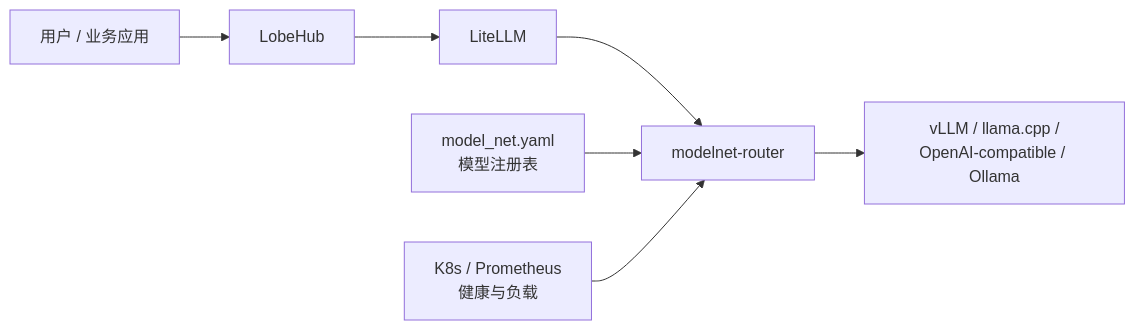
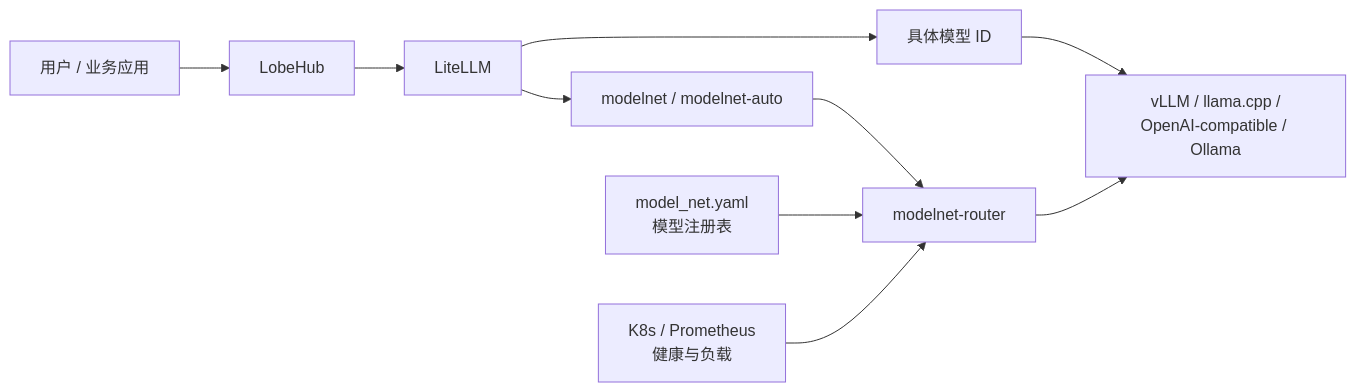
Before and after one commit to WNDS-JNU/ModelNet-Toc: the first of 5 diagrams in docs/modelnet-routing-introduction.md, drawn with Mermaid. The commit also changed other lines of this file and 6 other files, not shown here.

````diff
--- a/docs/modelnet-routing-introduction.md
+++ b/docs/modelnet-routing-introduction.md
@@ -21,17 +21,22 @@
 ```mermaid
 flowchart LR
     User["用户 / 业务应用"]
     Lobe["LobeHub"]
     Lite["LiteLLM"]
     Router["modelnet-router"]
     Registry["model_net.yaml\n模型注册表"]
+    AutoAlias["modelnet / modelnet-auto"]
+    Concrete["具体模型 ID"]
     K8s["K8s / Prometheus\n健康与负载"]
     Backend["vLLM / llama.cpp /\nOpenAI-compatible / Ollama"]
 
     User --> Lobe
     Lobe --> Lite
-    Lite --> Router
+    Lite --> AutoAlias
+    Lite --> Concrete
+    AutoAlias --> Router
+    Concrete --> Backend
     Registry --> Router
     K8s --> Router
     Router --> Backend
 ```
````
